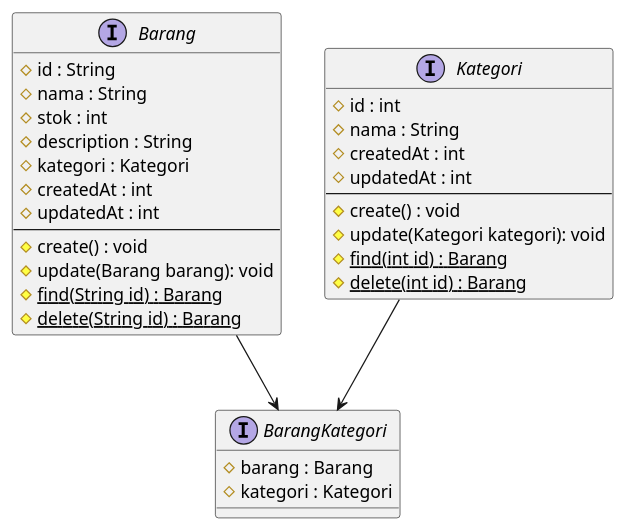
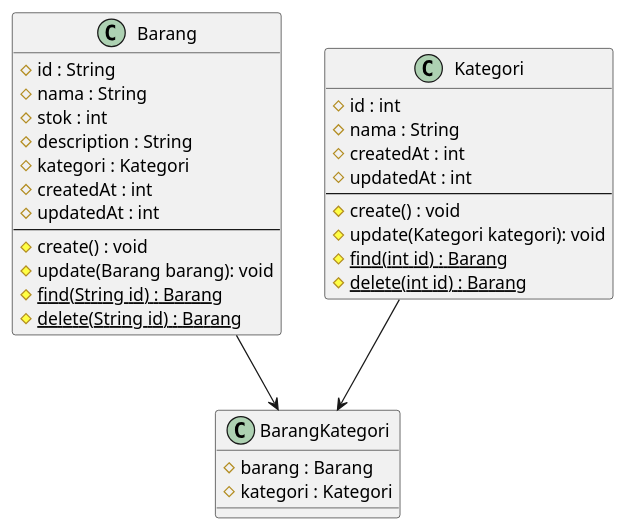
The diagram in erd.puml (ziruiproject/inventory-system-java), drawn with PlantUML before and after one commit. The commit also changed 12 other files, not shown here.

```diff
--- a/erd.puml
+++ b/erd.puml
@@ -1,36 +1,36 @@
 @startuml
-interface Barang {
+class Barang {
     # id : String
     # nama : String
     # stok : int
     # description : String
     # kategori : Kategori
     # createdAt : int
     # updatedAt : int
     ---
     # create() : void
     # update(Barang barang): void
     # {static} find(String id) : Barang
     # {static} delete(String id) : Barang
 }
 
-interface Kategori {
+class Kategori {
     # id : int 
     # nama : String
     # createdAt : int
     # updatedAt : int
     ---
     # create() : void
     # update(Kategori kategori): void
     # {static} find(int id) : Barang
     # {static} delete(int id) : Barang
 }
 
-interface BarangKategori {
+class BarangKategori {
     # barang : Barang
     # kategori : Kategori
 }
 
 Barang -d-> BarangKategori
 Kategori -d-> BarangKategori
 @enduml
```
